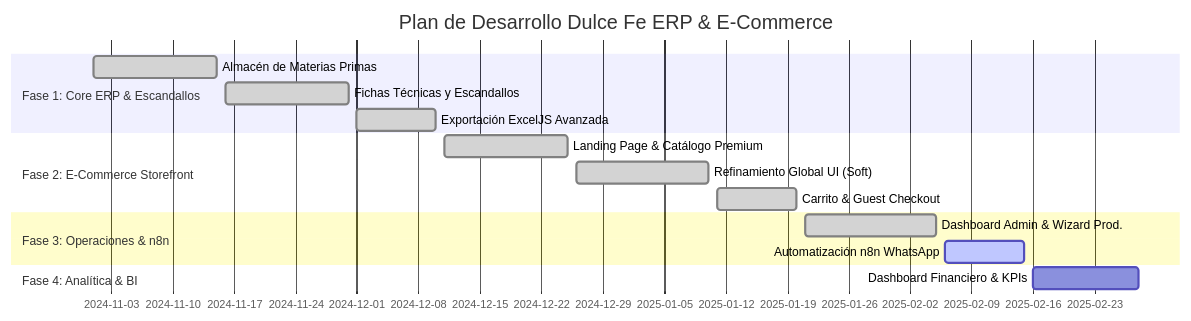
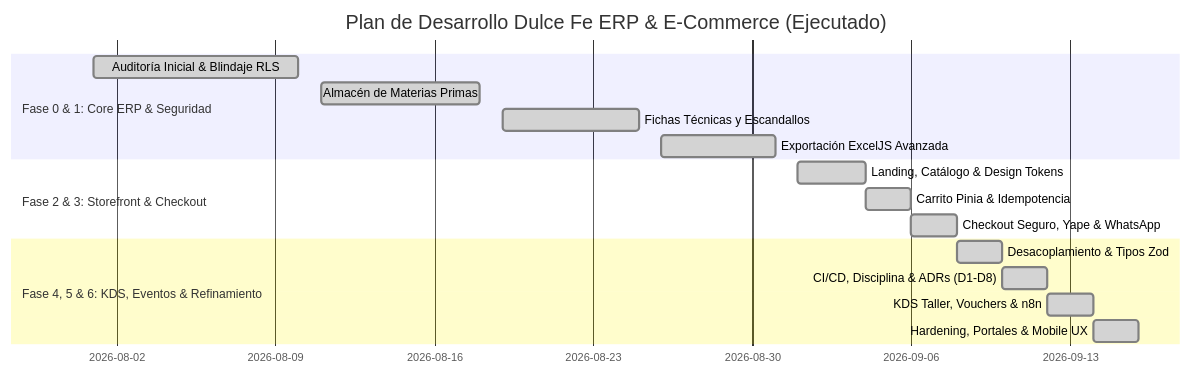
The diagram in docs/01 - Estrategia & Negocio/plan-maestro.md (Proyecto-Postre/Fullstack-dulcefe), drawn with Mermaid before and after one commit. The commit also changed other lines of this file and 3 other files, not shown here.

Commit message:
docs: sync plan-maestro, order business rules and mobile architecture rules

````diff
--- a/docs/01 - Estrategia & Negocio/plan-maestro.md
+++ b/docs/01 - Estrategia & Negocio/plan-maestro.md
@@ -272,18 +272,19 @@
 ```mermaid
 gantt
-    title Plan de Desarrollo Dulce Fe ERP & E-Commerce
+    title Plan de Desarrollo Dulce Fe ERP & E-Commerce (Ejecutado)
     dateFormat  YYYY-MM-DD
-    section Fase 1: Core ERP & Escandallos
-    Almacén de Materias Primas       :done,    des1, 2024-11-01, 2024-11-15
-    Fichas Técnicas y Escandallos    :done,    des2, 2024-11-16, 2024-11-30
-    Exportación ExcelJS Avanzada     :done,    des3, 2024-12-01, 2024-12-10
-    section Fase 2: E-Commerce Storefront
-    Landing Page & Catálogo Premium  :done,    des4, 2024-12-11, 2024-12-25
-    Refinamiento Global UI (Soft)    :done,    des5, 2024-12-26, 2025-01-10
-    Carrito & Guest Checkout         :done,    des6, 2025-01-11, 2025-01-20
-    section Fase 3: Operaciones & n8n
-    Dashboard Admin & Wizard Prod.   :done,    des7, 2025-01-21, 2025-02-05
-    Automatización n8n WhatsApp      :active,  des8, 2025-02-06, 2025-02-15
-    section Fase 4: Analítica & BI
-    Dashboard Financiero & KPIs      :         des9, 2025-02-16, 2025-02-28
+    section Fase 0 & 1: Core ERP & Seguridad
+    Auditoría Inicial & Blindaje RLS :done, des0, 2026-08-01, 2026-08-10
+    Almacén de Materias Primas       :done, des1, 2026-08-11, 2026-08-18
+    Fichas Técnicas y Escandallos    :done, des2, 2026-08-19, 2026-08-25
+    Exportación ExcelJS Avanzada     :done, des3, 2026-08-26, 2026-08-31
+    section Fase 2 & 3: Storefront & Checkout
+    Landing, Catálogo & Design Tokens:done, des4, 2026-09-01, 2026-09-04
+    Carrito Pinia & Idempotencia     :done, des5, 2026-09-04, 2026-09-06
+    Checkout Seguro, Yape & WhatsApp :done, des6, 2026-09-06, 2026-09-08
+    section Fase 4, 5 & 6: KDS, Eventos & Refinamiento
+    Desacoplamiento & Tipos Zod      :done, des7, 2026-09-08, 2026-09-10
+    CI/CD, Disciplina & ADRs (D1-D8) :done, des8, 2026-09-10, 2026-09-12
+    KDS Taller, Vouchers & n8n       :done, des9, 2026-09-12, 2026-09-14
+    Hardening, Portales & Mobile UX  :done, des10, 2026-09-14, 2026-09-16
 ```
````
